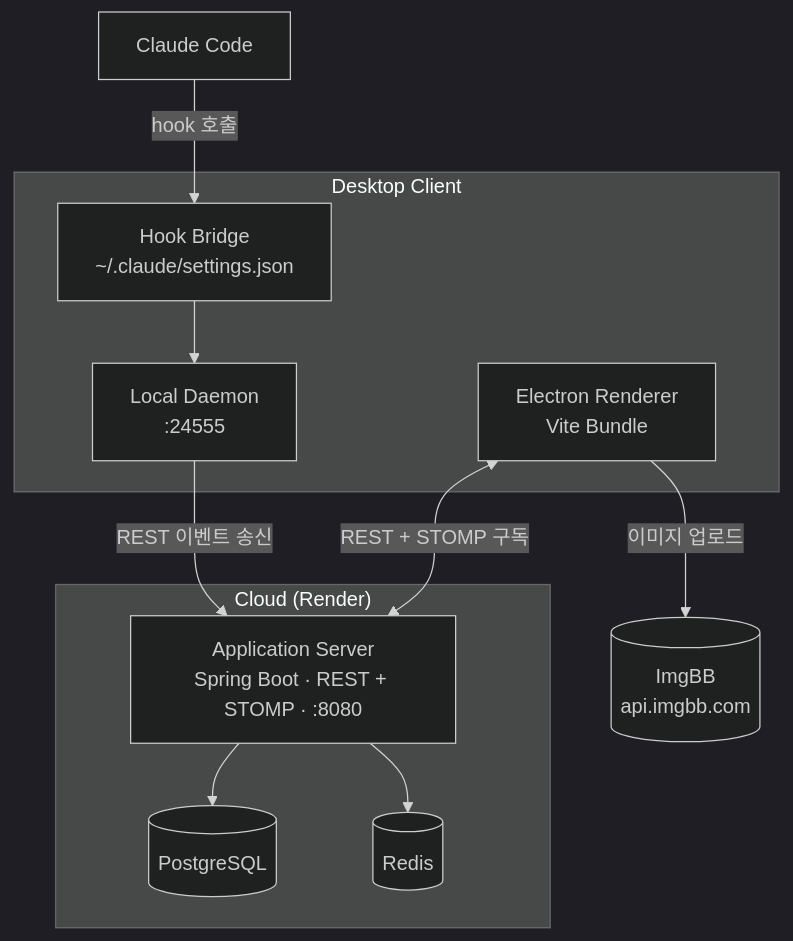
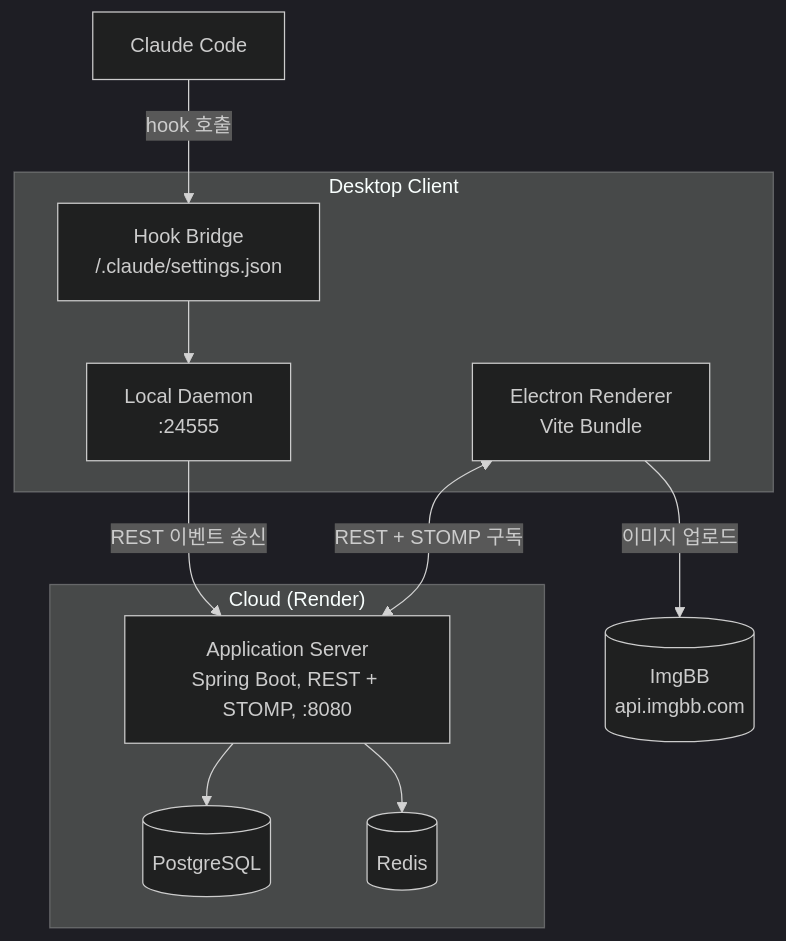
Before and after one commit to Hwasowl/mohani: the diagram in README.md, drawn with Mermaid (dark theme).

Commit message:
feat: README.md 최신화

````diff
--- a/README.md
+++ b/README.md
@@ -28,26 +28,26 @@
 ```mermaid
 graph TB
     CC[Claude Code]
 
     subgraph Client["Desktop Client"]
-        Hook[Hook Bridge<br/>~/.claude/settings.json]
+        Hook[Hook Bridge<br/>/.claude/settings.json]
         Daemon[Local Daemon<br/>:24555]
         Renderer[Electron Renderer<br/>Vite Bundle]
     end
 
     subgraph Cloud["Cloud (Render)"]
-        Server[Application Server<br/>Spring Boot · REST + STOMP · :8080]
+        Server[Application Server<br/>Spring Boot, REST + STOMP, :8080]
         PG[(PostgreSQL)]
         Redis[(Redis)]
     end
 
     ImgBB[(ImgBB<br/>api.imgbb.com)]
 
     CC -->|hook 호출| Hook
     Hook --> Daemon
     Daemon -->|REST 이벤트 송신| Server
     Renderer <-->|REST + STOMP 구독| Server
     Renderer -->|이미지 업로드| ImgBB
     Server --> PG
     Server --> Redis
 ```
````
